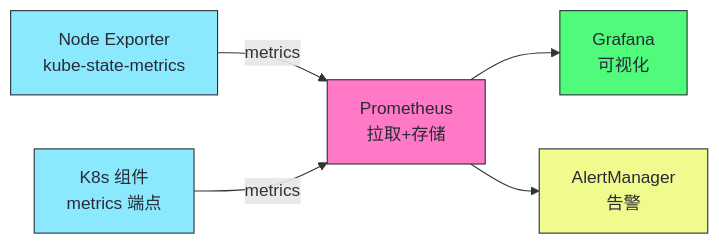
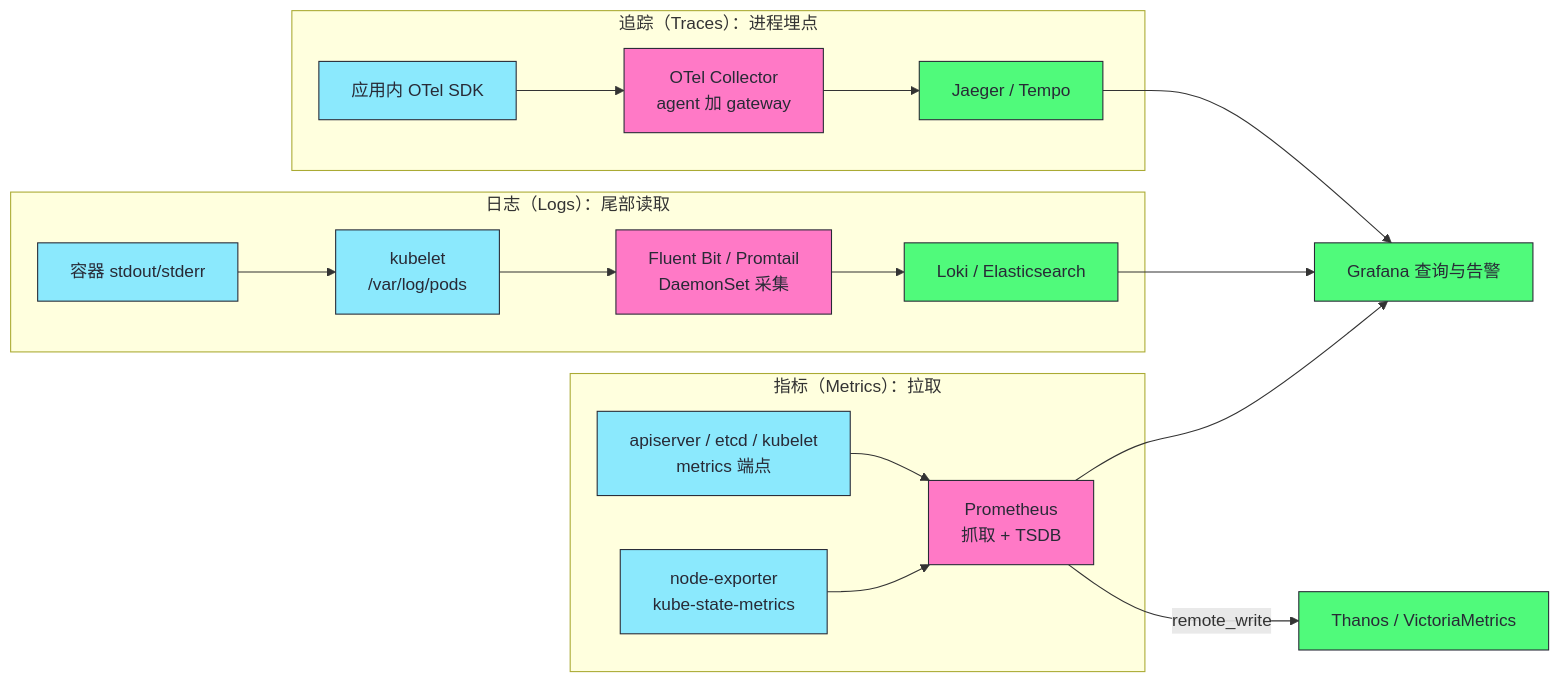
One commit to hpliStartAgain/my-brain changed the second of 5 diagrams in content/云原生/Kubernetes/Kubernetes架构深度剖析/17 集群可观测性与故障排查：监控、日志、追踪与诊断.md. Above: the diagram before and after it, drawn with Mermaid. The commit also changed other lines of this file and 259 other files, not shown here.

````diff
--- a/content/云原生/Kubernetes/Kubernetes架构深度剖析/17 集群可观测性与故障排查：监控、日志、追踪与诊断.md
+++ b/content/云原生/Kubernetes/Kubernetes架构深度剖析/17 集群可观测性与故障排查：监控、日志、追踪与诊断.md
@@ -64,18 +138,28 @@
 ```mermaid
 %%{init: {'theme': 'dracula'}}%%
 graph LR
-    Exporter["Node Exporter<br/>kube-state-metrics"] -->|"metrics"| Prom["Prometheus<br/>拉取+存储"]
-    K8s["K8s 组件<br/>metrics 端点"] -->|"metrics"| Prom
-    Prom --> Grafana["Grafana<br/>可视化"]
-    Prom --> Alert["AlertManager<br/>告警"]
+    subgraph MET["指标（Metrics）：拉取"]
+        NE["node-exporter<br/>kube-state-metrics"] --> PROM["Prometheus<br/>抓取 + TSDB"]
+        CTL["apiserver / etcd / kubelet<br/>metrics 端点"] --> PROM
+    end
+    subgraph LOGS["日志（Logs）：尾部读取"]
+        POD["容器 stdout/stderr"] --> KP["kubelet<br/>/var/log/pods"]
+        KP --> AG["Fluent Bit / Promtail<br/>DaemonSet 采集"]
+        AG --> LOKI["Loki / Elasticsearch"]
+    end
+    subgraph TRACES["追踪（Traces）：进程埋点"]
+        SDK["应用内 OTel SDK"] --> COL["OTel Collector<br/>agent 加 gateway"]
+        COL --> JAEG["Jaeger / Tempo"]
+    end
+    PROM --> GRAF["Grafana 查询与告警"]
+    LOKI --> GRAF
+    JAEG --> GRAF
+    PROM -->|remote_write| REMOTE["Thanos / VictoriaMetrics"]
 
-    classDef exporter fill:#8be9fd,stroke:#282a36,color:#282a36
-    classDef prom fill:#ff79c6,stroke:#282a36,color:#282a36
-    classDef grafana fill:#50fa7b,stroke:#282a36,color:#282a36
-    classDef alert fill:#f1fa8c,stroke:#282a36,color:#282a36
-    class Exporter exporter
-    class K8s exporter
-    class Prom prom
-    class Grafana grafana
-    class Alert alert
+    classDef src fill:#8be9fd,stroke:#282a36,color:#282a36
+    classDef mid fill:#ff79c6,stroke:#282a36,color:#282a36
+    classDef store fill:#50fa7b,stroke:#282a36,color:#282a36
+    class NE,CTL,POD,KP,SDK src
+    class PROM,AG,COL mid
+    class LOKI,JAEG,REMOTE,GRAF store
 ```
````
